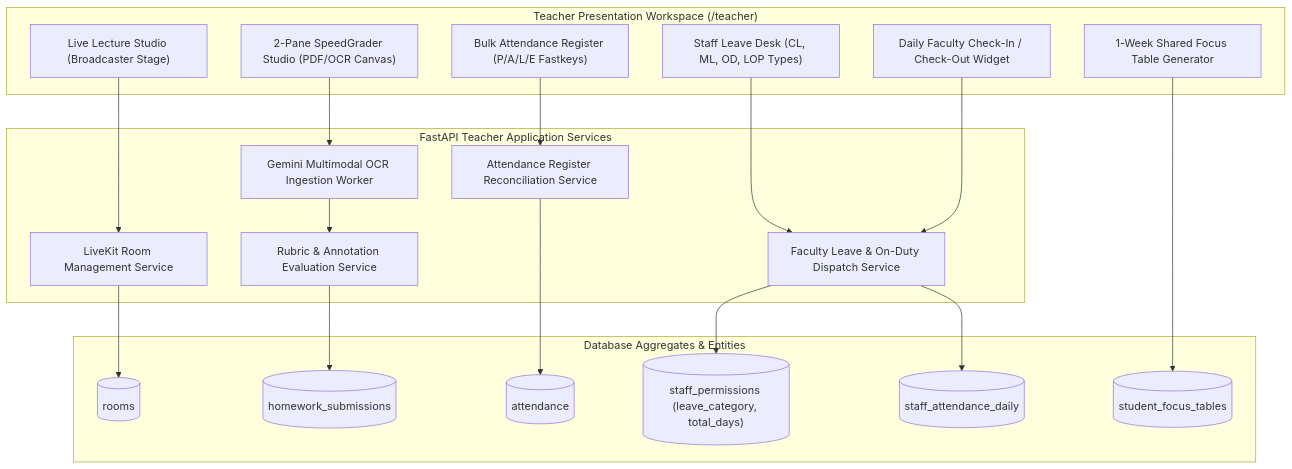
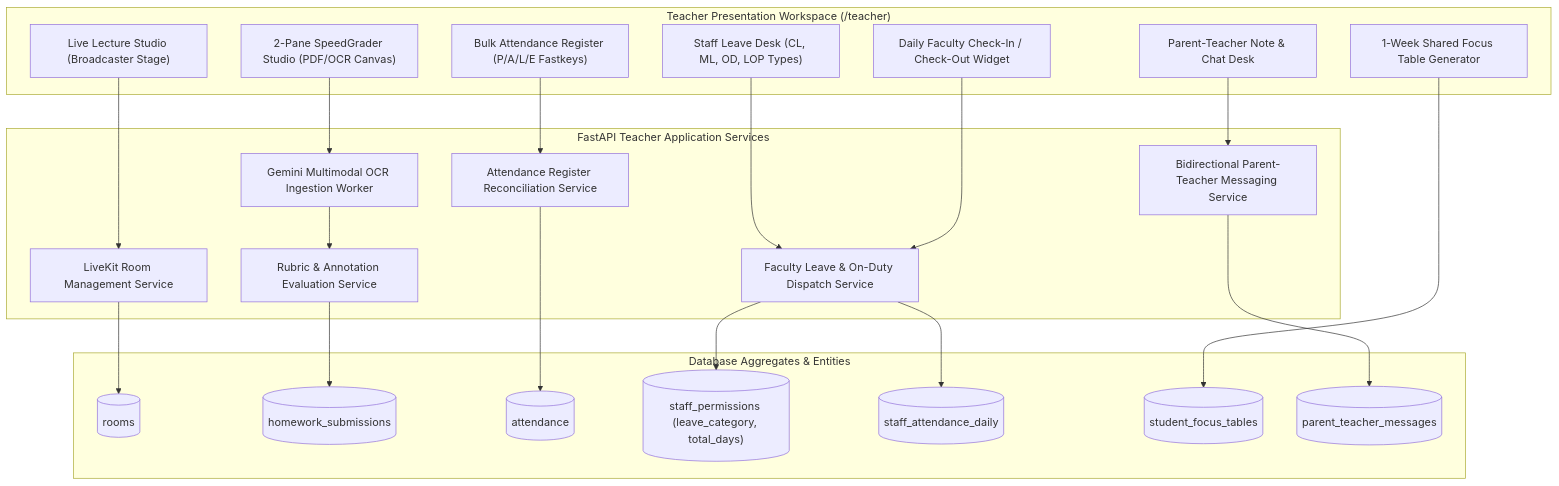
Before and after one commit to DiradzProducts/EDU360: the third of 19 diagrams in docs/architecture/ROLE_WISE_ARCHITECTURE_AND_WORKFLOWS.md, drawn with Mermaid. The commit also changed other lines of this file and 67 other files, not shown here.

````diff
--- a/docs/architecture/ROLE_WISE_ARCHITECTURE_AND_WORKFLOWS.md
+++ b/docs/architecture/ROLE_WISE_ARCHITECTURE_AND_WORKFLOWS.md
@@ -127,35 +134,39 @@
 ```mermaid
 graph TD
     subgraph TeacherWorkspace ["Teacher Presentation Workspace (/teacher)"]
         UI_LIVE_STUDIO["Live Lecture Studio (Broadcaster Stage)"]
         UI_SPEEDGRADER["2-Pane SpeedGrader Studio (PDF/OCR Canvas)"]
         UI_ATT_REGISTER["Bulk Attendance Register (P/A/L/E Fastkeys)"]
         UI_LEAVE_DESK["Staff Leave Desk (CL, ML, OD, LOP Types)"]
         UI_DAILY_CLOCK["Daily Faculty Check-In / Check-Out Widget"]
         UI_FOCUS_TABLE["1-Week Shared Focus Table Generator"]
+        UI_CHAT_NOTE["Parent-Teacher Note & Chat Desk"]
     end
 
     subgraph TeacherServices ["FastAPI Teacher Application Services"]
         ROOM_MGR["LiveKit Room Management Service"]
         GRADING_ENG["Rubric & Annotation Evaluation Service"]
         GEMINI_OCR["Gemini Multimodal OCR Ingestion Worker"]
         ATT_RECON["Attendance Register Reconciliation Service"]
         STAFF_LEAVE_SVC["Faculty Leave & On-Duty Dispatch Service"]
+        CHAT_HUB["Bidirectional Parent-Teacher Messaging Service"]
     end
 
     subgraph TeacherEntities ["Database Aggregates & Entities"]
         TBL_ROOMS[("rooms")]
         TBL_HW_SUB[("homework_submissions")]
         TBL_ATT[("attendance")]
         TBL_STAFF_PERM[("staff_permissions (leave_category, total_days)")]
         TBL_STAFF_ATT[("staff_attendance_daily")]
         TBL_FOCUS[("student_focus_tables")]
+        TBL_MESSAGES[("parent_teacher_messages")]
     end
 
     UI_LIVE_STUDIO --> ROOM_MGR --> TBL_ROOMS
     UI_SPEEDGRADER --> GEMINI_OCR --> GRADING_ENG --> TBL_HW_SUB
     UI_ATT_REGISTER --> ATT_RECON --> TBL_ATT
     UI_LEAVE_DESK --> STAFF_LEAVE_SVC --> TBL_STAFF_PERM
     UI_DAILY_CLOCK --> STAFF_LEAVE_SVC --> TBL_STAFF_ATT
     UI_FOCUS_TABLE --> TBL_FOCUS
+    UI_CHAT_NOTE --> CHAT_HUB --> TBL_MESSAGES
 ```
````
